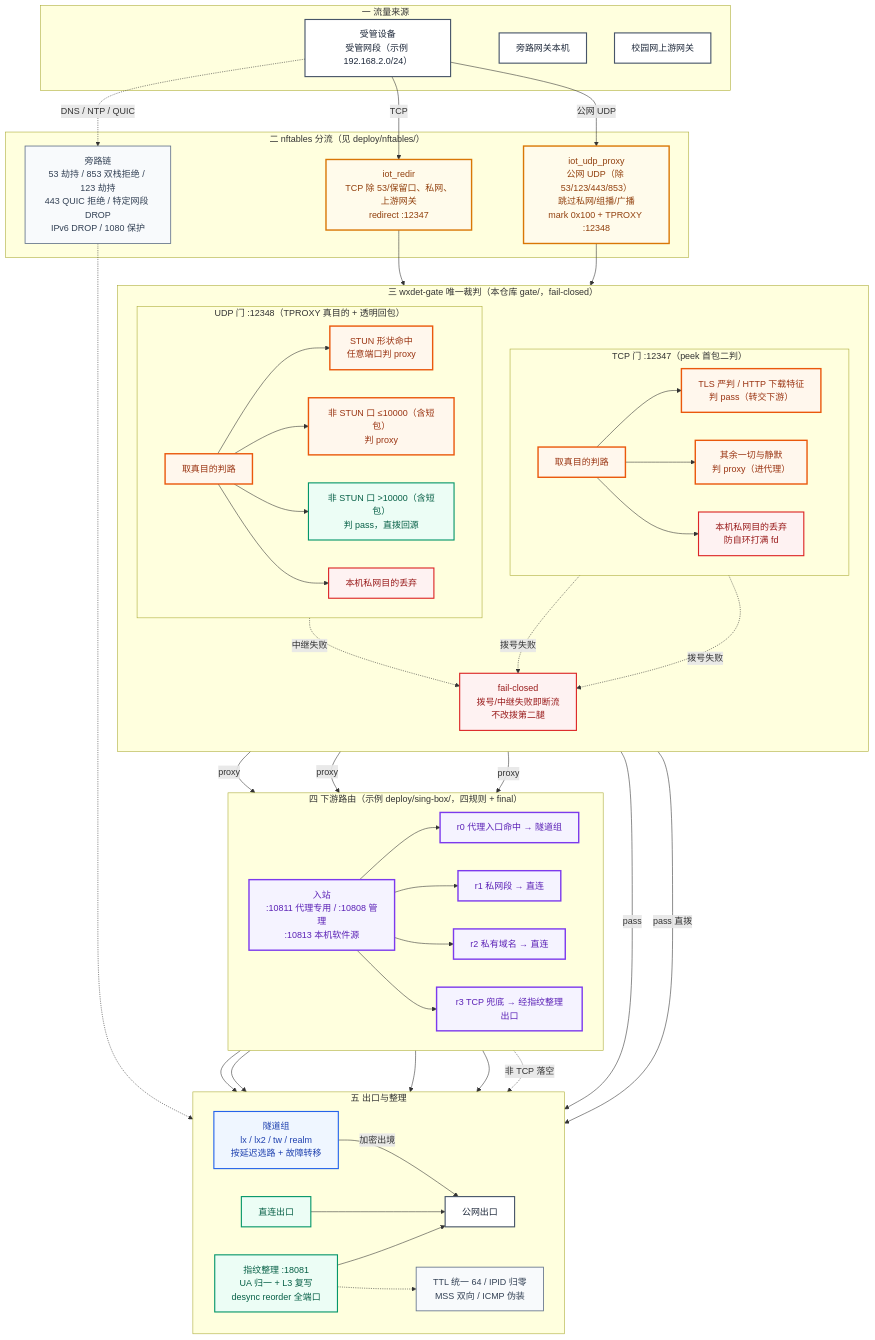
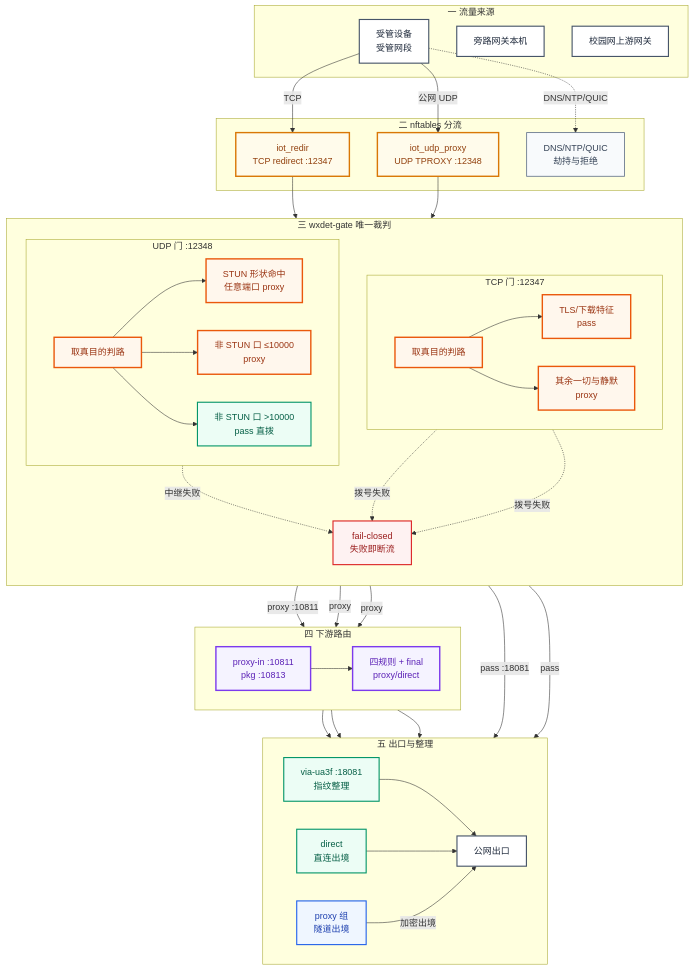
Before and after one commit to dc17c1a/campus-device-bypass: the diagram in README.md, drawn with Mermaid. The commit also changed other lines of this file, not shown here.

````diff
--- a/README.md
+++ b/README.md
@@ -65,87 +74,72 @@
 ```mermaid
 flowchart TB
     subgraph LAN["一 流量来源"]
-        C["受管设备<br/>受管网段（示例 192.168.2.0/24）"]
+        C["受管设备<br/>受管网段"]
         GW["旁路网关本机"]
         UP["校园网上游网关"]
     end
 
-    subgraph NFT["二 nftables 分流（见 deploy/nftables/）"]
-        R1["iot_redir<br/>TCP 除 53/保留口、私网、上游网关<br/>redirect :12347"]
-        R2["iot_udp_proxy<br/>公网 UDP（除 53/123/443/853）<br/>跳过私网/组播/广播<br/>mark 0x100 + TPROXY :12348"]
-        R3["旁路链<br/>53 劫持 / 853 双栈拒绝 / 123 劫持<br/>443 QUIC 拒绝 / 特定网段 DROP<br/>IPv6 DROP / 1080 保护"]
+    subgraph NFT["二 nftables 分流"]
+        R1["iot_redir<br/>TCP redirect :12347"]
+        R2["iot_udp_proxy<br/>UDP TPROXY :12348"]
+        R3["DNS/NTP/QUIC<br/>劫持与拒绝"]
     end
 
-    subgraph GATE["三 wxdet-gate 唯一裁判（本仓库 gate/，fail-closed）"]
+    subgraph GATE["三 wxdet-gate 唯一裁判"]
         direction TB
-        subgraph GTCP["TCP 门 :12347（peek 首包二判）"]
+        subgraph GTCP["TCP 门 :12347"]
             direction LR
             GT["取真目的判路"]
-            GP["TLS 严判 / HTTP 下载特征<br/>判 pass（转交下游）"]
-            GX["其余一切与静默<br/>判 proxy（进代理）"]
-            GD["本机私网目的丢弃<br/>防自环打满 fd"]
+            GP["TLS/下载特征<br/>pass"]
+            GX["其余一切与静默<br/>proxy"]
         end
-        subgraph GUDP["UDP 门 :12348（TPROXY 真目的 + 透明回包）"]
+        subgraph GUDP["UDP 门 :12348"]
             direction LR
             GU["取真目的判路"]
-            GS["STUN 形状命中<br/>任意端口判 proxy"]
-            GL["非 STUN 口 ≤10000（含短包）<br/>判 proxy"]
-            GH["非 STUN 口 >10000（含短包）<br/>判 pass，直拨回源"]
-            GUD["本机私网目的丢弃"]
+            GS["STUN 形状命中<br/>任意端口 proxy"]
+            GL["非 STUN 口 ≤10000<br/>proxy"]
+            GH["非 STUN 口 >10000<br/>pass 直拨"]
         end
-        GF["fail-closed<br/>拨号/中继失败即断流<br/>不改拨第二腿"]
+        GF["fail-closed<br/>失败即断流"]
     end
 
-    subgraph SB["四 下游路由（示例 deploy/sing-box/，四规则 + final）"]
+    subgraph SB["四 下游路由"]
         direction LR
-        SI["入站<br/>:10811 代理专用 / :10808 管理<br/>:10813 本机软件源"]
-        SR0["r0 代理入口命中 → 隧道组"]
-        SR1["r1 私网段 → 直连"]
-        SR2a["r2 私有域名 → 直连"]
-        SR2["r3 TCP 兜底 → 经指纹整理出口"]
+        SI["proxy-in :10811<br/>pkg :10813"]
+        SR["四规则 + final<br/>proxy/direct"]
     end
 
     subgraph EG["五 出口与整理"]
         direction LR
-        UA["指纹整理 :18081<br/>UA 归一 + L3 复写<br/>desync reorder 全端口"]
-        PX["隧道组<br/>lx / lx2 / tw / realm<br/>按延迟选路 + 故障转移"]
-        DR["直连出口"]
+        UA["via-ua3f :18081<br/>指纹整理"]
+        PX["proxy 组<br/>隧道出境"]
+        DR["direct<br/>直连出境"]
         NET["公网出口"]
-        FP["TTL 统一 64 / IPID 归零<br/>MSS 双向 / ICMP 伪装"]
     end
 
     C -->|"TCP"| R1 --> GT
     C -->|"公网 UDP"| R2 --> GU
-    C -.->|"DNS / NTP / QUIC"| R3
+    C -.->|"DNS/NTP/QUIC"| R3
     GT --> GP
     GT --> GX
-    GT --> GD
-    GP -->|"pass"| UA
-    GX -->|"proxy"| SI
+    GP -->|"pass :18081"| UA
+    GX -->|"proxy :10811"| SI
     GU --> GS
     GU --> GL
     GU --> GH
-    GU --> GUD
     GS -->|"proxy"| SI
     GL -->|"proxy"| SI
-    GH -->|"pass 直拨"| DR
+    GH -->|"pass"| DR
     GX -.->|"拨号失败"| GF
     GP -.->|"拨号失败"| GF
     GS -.->|"中继失败"| GF
-    SI --> SR0
-    SI --> SR1
-    SI --> SR2a
-    SI --> SR2
-    SR0 --> PX
-    SR1 --> DR
-    SR2a --> DR
-    SR2 --> UA
-    SR2 -.->|"非 TCP 落空"| DR
+    SI --> SR
+    SR --> PX
+    SR --> UA
+    SR --> DR
     UA --> NET
     DR --> NET
     PX -->|"加密出境"| NET
-    UA -.-> FP
-    R3 -.-> FP
 
     classDef src fill:#FFFFFF,stroke:#475569,stroke-width:2px,color:#1E293B;
     classDef nft fill:#FFFBEB,stroke:#D97706,stroke-width:2.5px,color:#92400E;
@@ -159,9 +153,9 @@
     class C,GW,UP,NET src;
     class R1,R2 nft;
     class GT,GU,GP,GX,GS,GL gate;
-    class SI,SR0,SR1,SR2,SR2a sb;
+    class SI,SR sb;
     class PX tun;
     class UA,DR,GH ok;
-    class GD,GUD,GF drop;
-    class R3,FP side;
+    class GF drop;
+    class R3 side;
 ```
````
